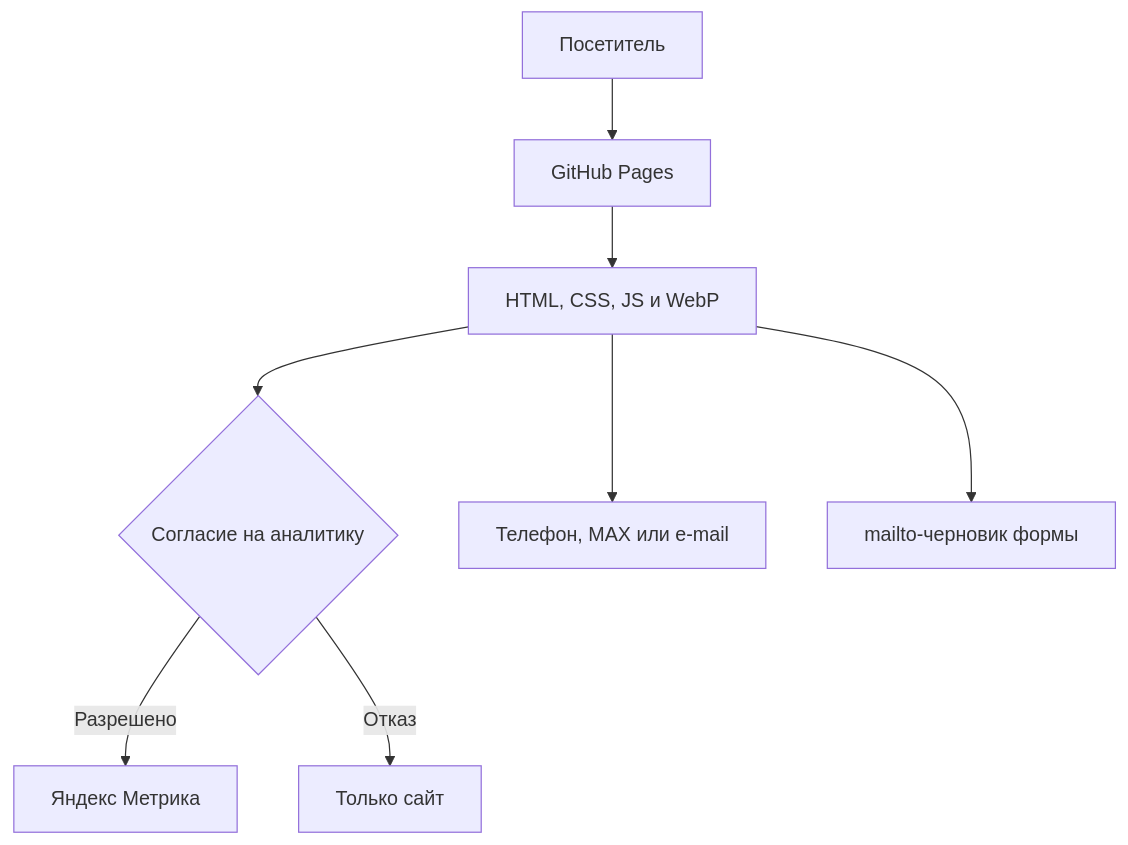
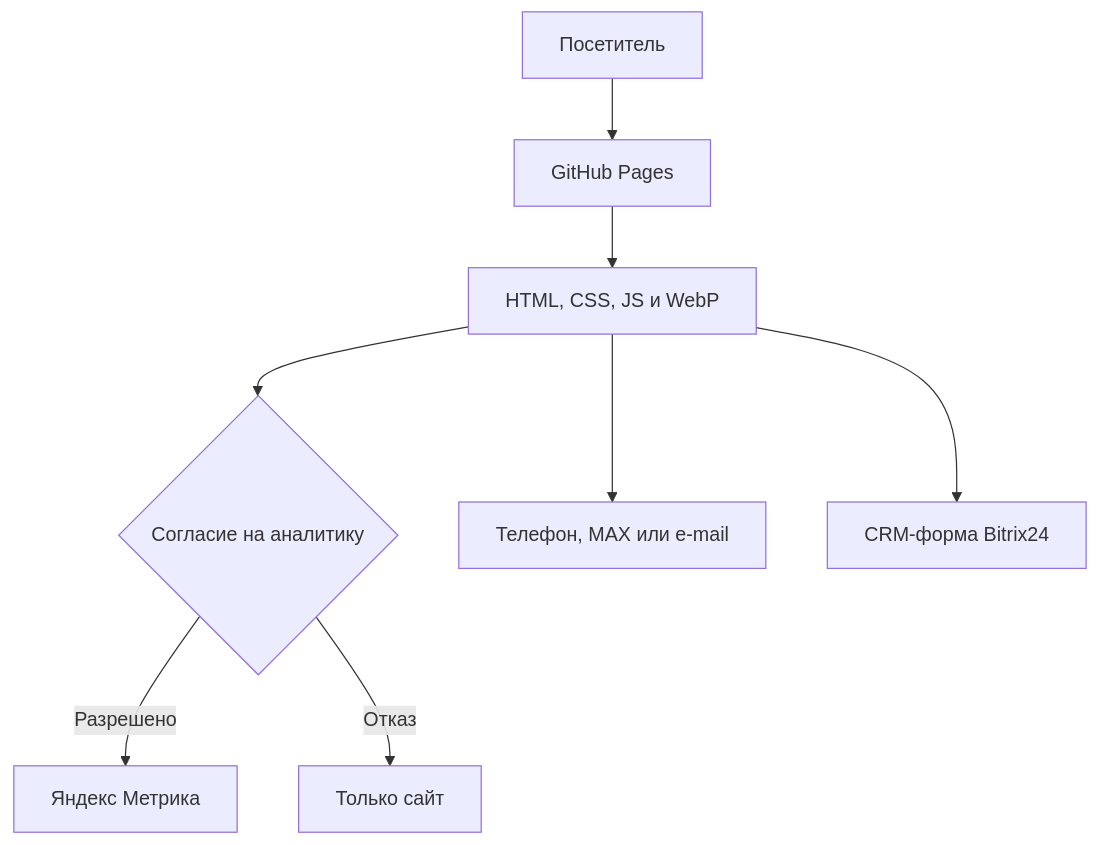
Before and after one commit to mitsuoke/fgn-nn: the first of 2 diagrams in DEVELOPER_GUIDE.md, drawn with Mermaid. The commit also changed other lines of this file and 12 other files, not shown here.

Commit message:
Integrate Bitrix24 CRM form

````diff
--- a/DEVELOPER_GUIDE.md
+++ b/DEVELOPER_GUIDE.md
@@ -72,10 +72,10 @@
 ```mermaid
 flowchart TD
     A[Посетитель] --> B[GitHub Pages]
     B --> C[HTML, CSS, JS и WebP]
     C --> D{Согласие на аналитику}
     D -->|Разрешено| E[Яндекс Метрика]
     D -->|Отказ| F[Только сайт]
     C --> G[Телефон, MAX или e-mail]
-    C --> H[mailto-черновик формы]
+    C --> H[CRM-форма Bitrix24]
 ```
````
